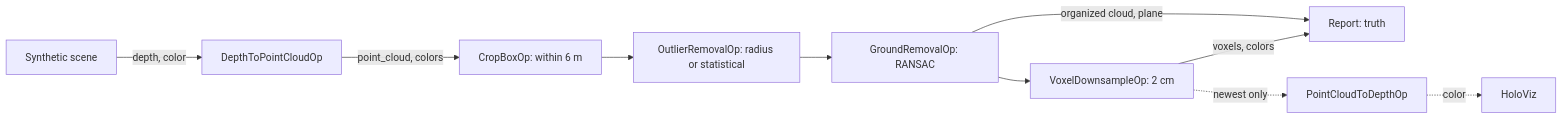
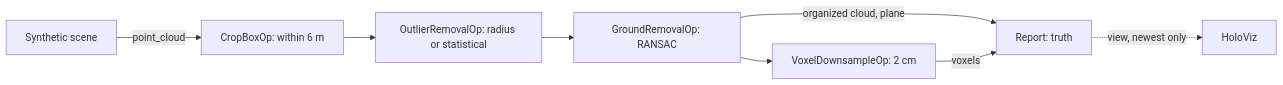
Before and after one commit to snknitheesh/holoscan-zozo-modules: the diagram in applications/pcl_filters/README.md, drawn with Mermaid. The commit also changed other lines of this file and 8 other files, not shown here.

First line of the commit message:
Send the demo's clouds as PointCloud messages

````diff
--- a/applications/pcl_filters/README.md
+++ b/applications/pcl_filters/README.md
@@ -11,11 +11,10 @@
 ```mermaid
 flowchart LR
-    S[Synthetic scene] -->|depth, color| D[DepthToPointCloudOp]
-    D -->|point_cloud, colors| C[CropBoxOp: within 6 m]
+    S[Synthetic scene] -->|point_cloud| C[CropBoxOp: within 6 m]
     C --> O[OutlierRemovalOp: radius or statistical]
     O --> G[GroundRemovalOp: RANSAC]
     G --> V[VoxelDownsampleOp: 2 cm]
     G -->|organized cloud, plane| R[Report: truth]
-    V -->|voxels, colors| R
-    V -.->|newest only| P[PointCloudToDepthOp] -.->|color| H[HoloViz]
+    V -->|voxels| R
+    R -.->|view, newest only| H[HoloViz]
 ```
````
